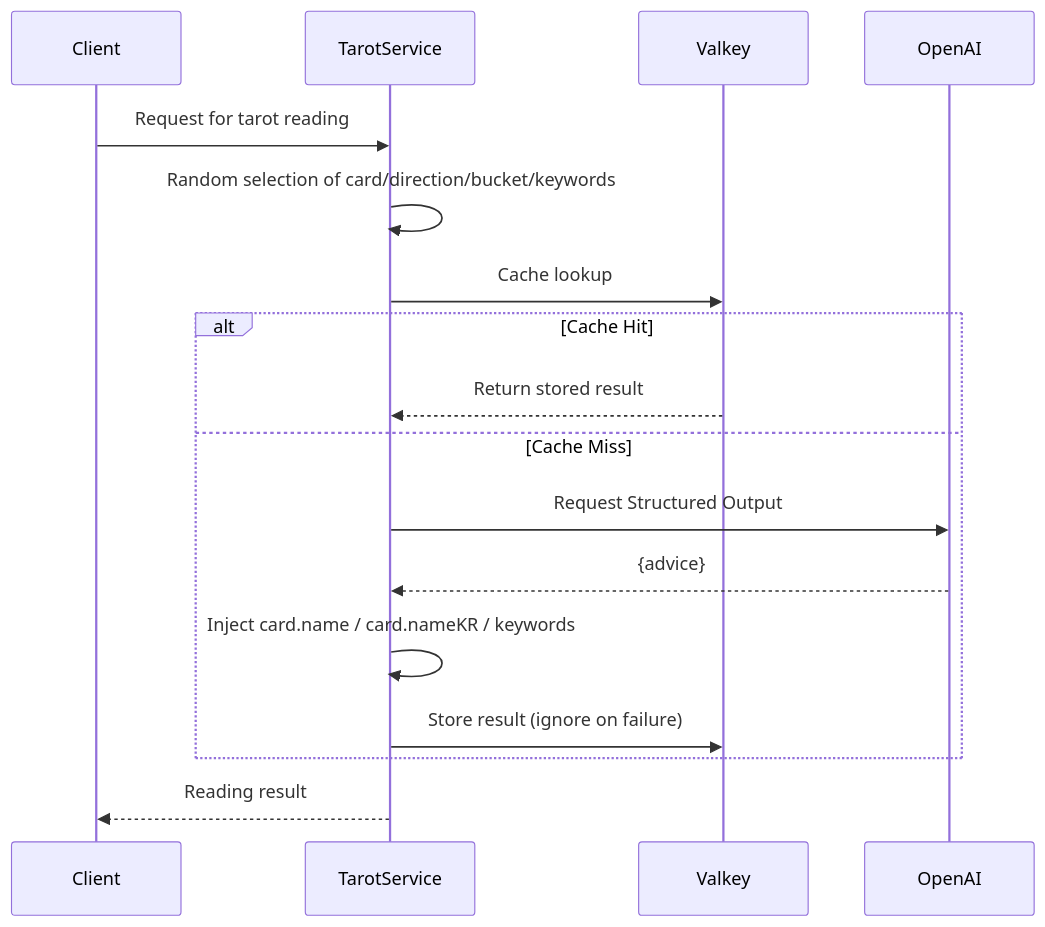
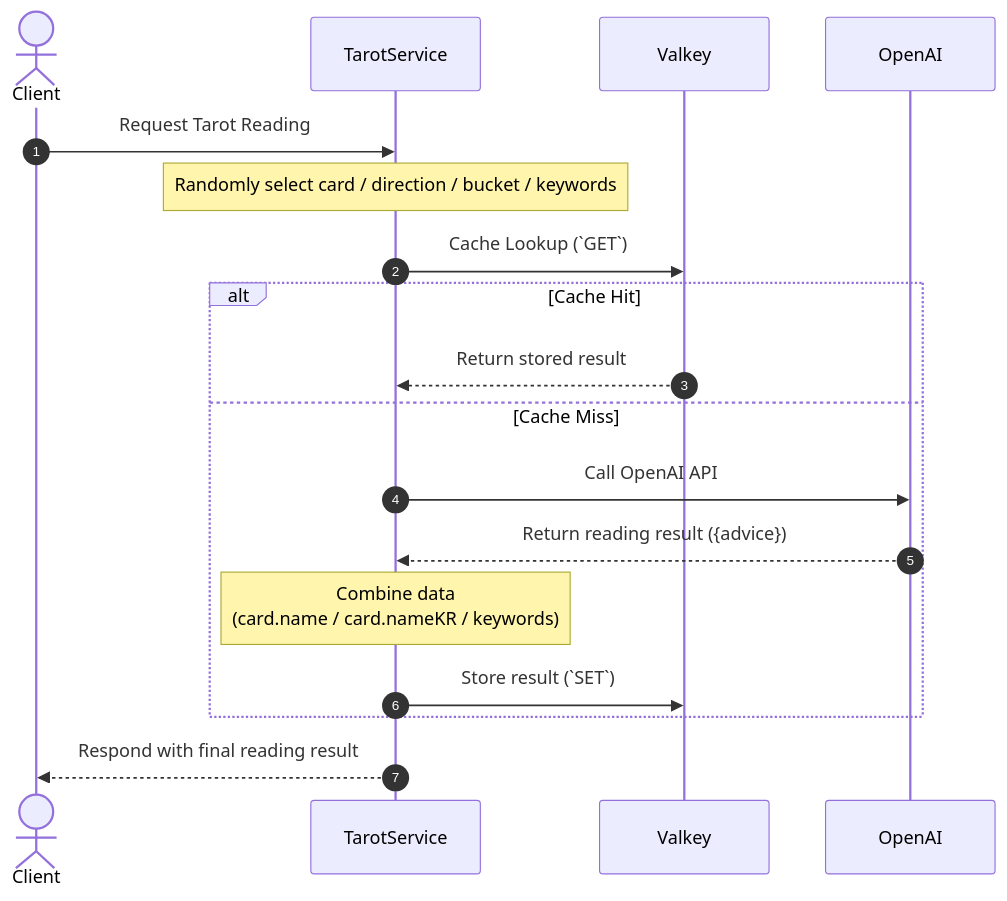
The second of 3 diagrams in src/content/blog/en/tarot-deep-dive.md (mandacode-labs/mandacode-devs), drawn with Mermaid before and after one commit. The commit also changed other lines of this file and 4 other files, not shown here.

````diff
--- a/src/content/blog/en/tarot-deep-dive.md
+++ b/src/content/blog/en/tarot-deep-dive.md
@@ -70,22 +61,26 @@
 ```mermaid
 sequenceDiagram
-    participant Client as Client
+    autonumber
+    
+    actor Client as Client
     participant Service as TarotService
     participant Cache as Valkey
     participant AI as OpenAI
-
-    Client->>Service: Request for tarot reading
-    Service->>Service: Random selection of card/direction/bucket/keywords
-    Service->>Cache: Cache lookup
-
+    
+    Client->>Service: Request Tarot Reading
+    Note over Service: Randomly select card / direction / bucket / keywords
+    
+    Service->>Cache: Cache Lookup (`GET`)
+    
     alt Cache Hit
         Cache-->>Service: Return stored result
     else Cache Miss
-        Service->>AI: Request Structured Output
-        AI-->>Service: {advice}
-        Service->>Service: Inject card.name / card.nameKR / keywords
-        Service->>Cache: Store result (ignore on failure)
+        Service->>AI: Call OpenAI API
+        AI-->>Service: Return reading result ({advice})
+        Note over Service: Combine data<br/>(card.name / card.nameKR / keywords)
+        Service->>Cache: Store result (`SET`)
     end
+    
+    Service-->>Client: Respond with final reading result
 
-    Service-->>Client: Reading result
 ```
````
